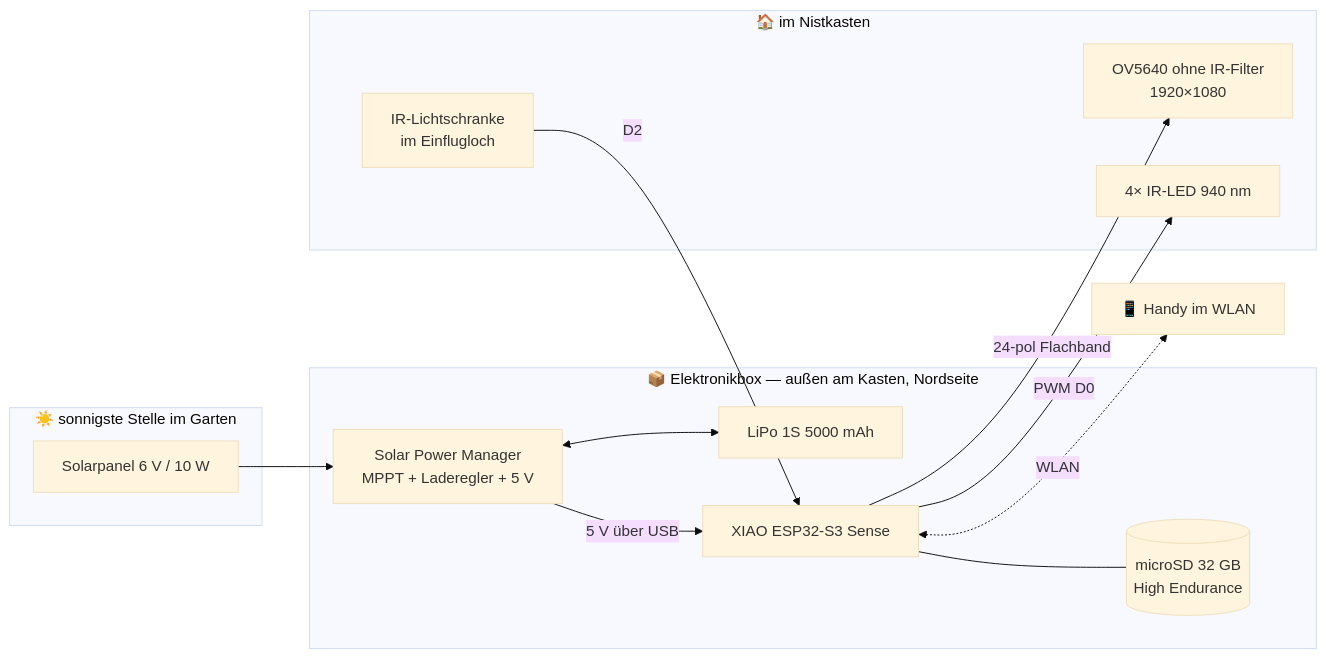
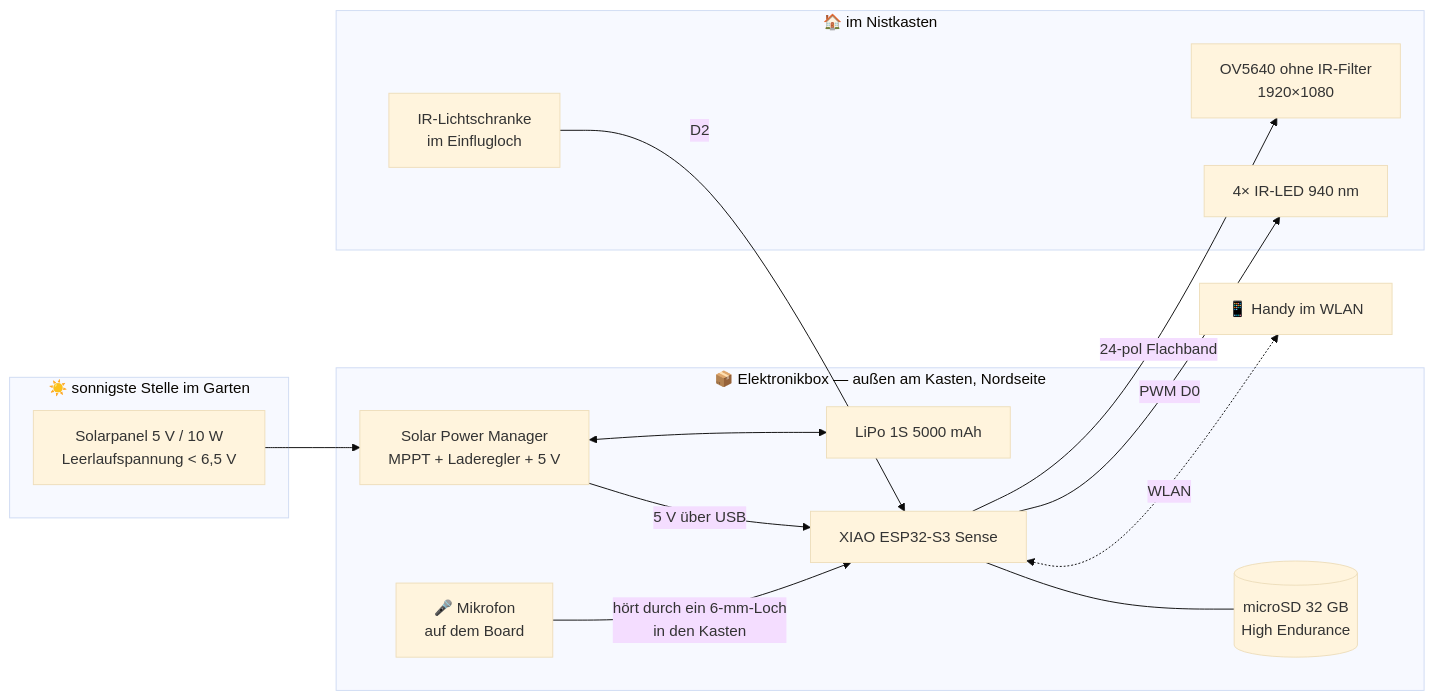
The diagram in README.md (stummk/Birdy-Cam), drawn with Mermaid (base theme) before and after one commit. The commit also changed other lines of this file and 16 other files, not shown here.

````diff
--- a/README.md
+++ b/README.md
@@ -82,27 +84,29 @@
 ```mermaid
 flowchart LR
   subgraph SUN["☀️ sonnigste Stelle im Garten"]
-    PV["Solarpanel 6 V / 10 W"]
+    PV["Solarpanel 5 V / 10 W<br/>Leerlaufspannung &lt; 6,5 V"]
   end
   subgraph BOX["📦 Elektronikbox — außen am Kasten, Nordseite"]
     SPM["Solar Power Manager<br/>MPPT + Laderegler + 5 V"]
     BAT["LiPo 1S 5000 mAh"]
     ESP["XIAO ESP32-S3 Sense"]
+    MIC["🎤 Mikrofon<br/>auf dem Board"]
     SD[("microSD 32 GB<br/>High Endurance")]
   end
   subgraph NEST["🏠 im Nistkasten"]
     CAM["OV5640 ohne IR-Filter<br/>1920×1080"]
     IR["4× IR-LED 940 nm"]
     LS["IR-Lichtschranke<br/>im Einflugloch"]
   end
   PHONE["📱 Handy im WLAN"]
 
   PV --> SPM
   SPM <--> BAT
   SPM -->|"5 V über USB"| ESP
   ESP --- SD
+  MIC -->|"hört durch ein 6-mm-Loch<br/>in den Kasten"| ESP
   ESP -->|"24-pol Flachband"| CAM
   ESP -->|"PWM D0"| IR
   LS -->|"D2"| ESP
   ESP <-.->|"WLAN"| PHONE
 ```
````
